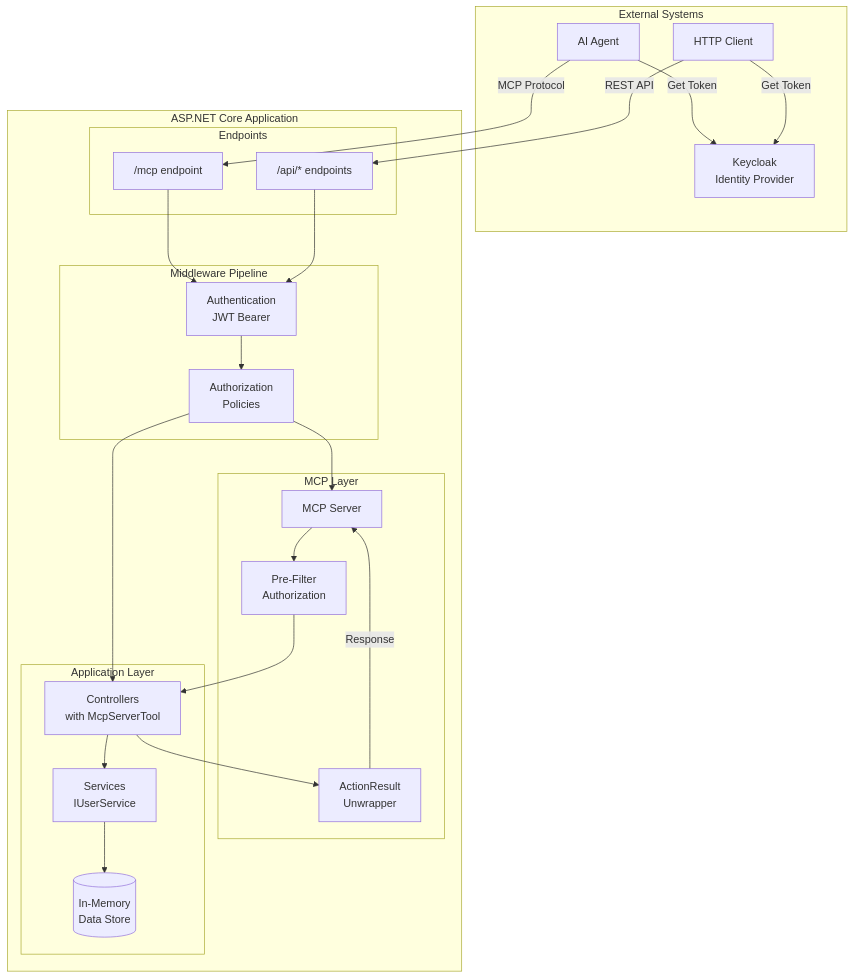
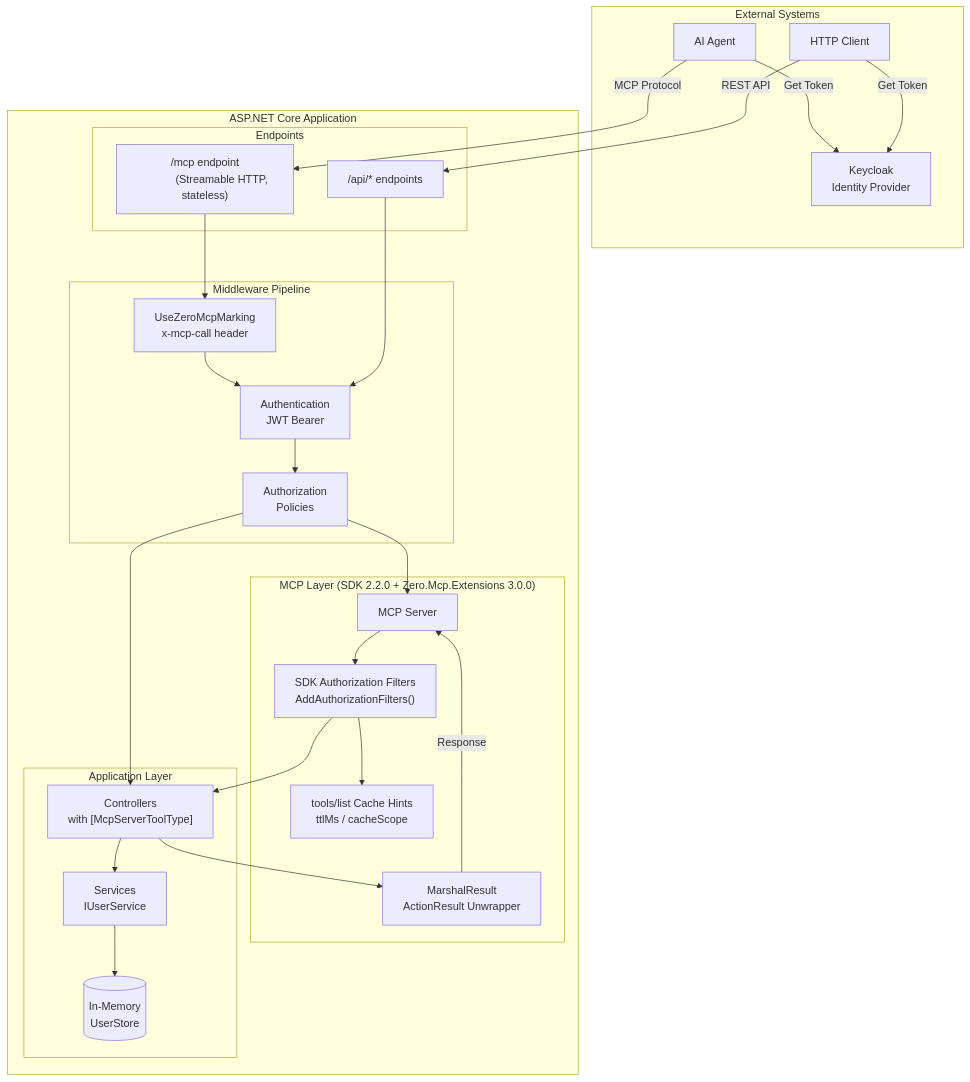
Before and after one commit to LadislavSopko/net-api-with-mcp: the second of 10 diagrams in docs/MCP-COMPLETE-INTEGRATION-GUIDE.md, drawn with Mermaid. The commit also changed other lines of this file and 4 other files, not shown here.

First line of the commit message:
docs: update guides for Zero.Mcp.Extensions 3.0.0 / MCP SDK 2.2.0

````diff
--- a/docs/MCP-COMPLETE-INTEGRATION-GUIDE.md
+++ b/docs/MCP-COMPLETE-INTEGRATION-GUIDE.md
@@ -89,59 +96,66 @@
 ```mermaid
 graph TB
     subgraph External["External Systems"]
         AI[AI Agent]
         HTTP[HTTP Client]
         KC["Keycloak
         Identity Provider"]
     end
 
     subgraph App["ASP.NET Core Application"]
         subgraph Endpoints
-            MCP["/mcp endpoint"]
+            MCP["/mcp endpoint
+            (Streamable HTTP, stateless)"]
             API["/api/* endpoints"]
         end
 
         subgraph Pipeline["Middleware Pipeline"]
+            MARK["UseZeroMcpMarking
+            x-mcp-call header"]
             AUTH["Authentication
             JWT Bearer"]
             AUTHZ["Authorization
             Policies"]
         end
 
-        subgraph MCPLayer["MCP Layer"]
+        subgraph MCPLayer["MCP Layer (SDK 2.2.0 + Zero.Mcp.Extensions 3.0.0)"]
             MCPSRV[MCP Server]
-            PREFILTER["Pre-Filter
-            Authorization"]
-            UNWRAP["ActionResult
-            Unwrapper"]
+            AUTHFILTER["SDK Authorization Filters
+            AddAuthorizationFilters()"]
+            CACHE["tools/list Cache Hints
+            ttlMs / cacheScope"]
+            UNWRAP["MarshalResult
+            ActionResult Unwrapper"]
         end
 
         subgraph AppLayer["Application Layer"]
             CTRL["Controllers
-            with McpServerTool"]
+            with [McpServerToolType]"]
             SVC["Services
             IUserService"]
             DB[("In-Memory
-            Data Store")]
+            UserStore")]
         end
     end
 
     AI -->|MCP Protocol| MCP
     HTTP -->|REST API| API
     AI -->|Get Token| KC
     HTTP -->|Get Token| KC
 
-    MCP --> AUTH
+    MCP --> MARK
+    MARK --> AUTH
     API --> AUTH
     AUTH --> AUTHZ
     AUTHZ --> MCPSRV
     AUTHZ --> CTRL
 
-    MCPSRV --> PREFILTER
-    PREFILTER --> CTRL
+    MCPSRV --> AUTHFILTER
+    AUTHFILTER --> CACHE
+    AUTHFILTER --> CTRL
     CTRL --> UNWRAP
     UNWRAP -->|Response| MCPSRV
 
     CTRL --> SVC
     SVC --> DB
 ```
````
